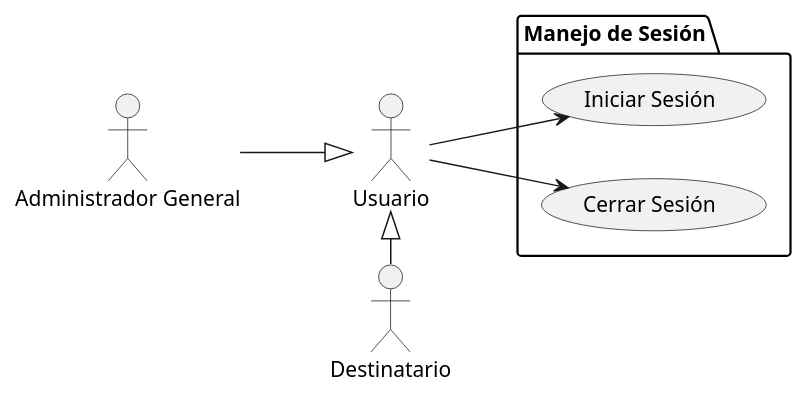
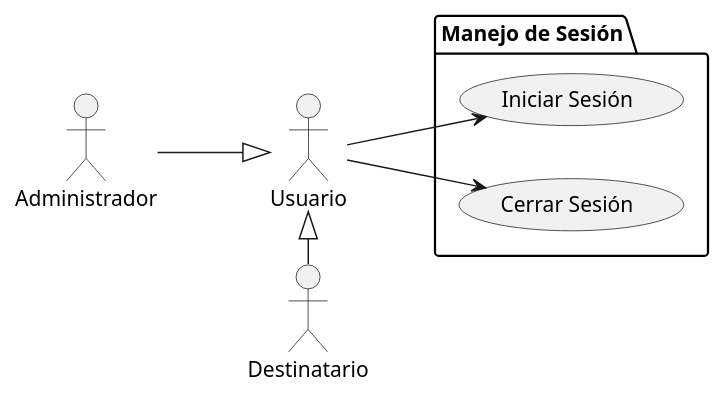
One commit to mmasias/24-25-IdSw1-SDR changed the diagram in docs/casosDeUso/diagramaCasosDeUso/manejoSesion/manejoSesion.puml. Above: the diagram before and after it, drawn with PlantUML. The commit also changed 9 other files, not shown here.

Commit message:
FIX/ diagrama casos de uso

```diff
--- a/docs/casosDeUso/diagramaCasosDeUso/manejoSesion/manejoSesion.puml
+++ b/docs/casosDeUso/diagramaCasosDeUso/manejoSesion/manejoSesion.puml
@@ -1,16 +1,16 @@
-@startuml EnvioDocumentos
+@startuml ManejoSesion
 left to right direction
-actor "Administrador General" as AdminGeneral
+actor "Administrador" as Administrador
 actor "Usuario" as Usuario
 actor "Destinatario" as Destinatario
 
 package "Manejo de Sesión" {
     usecase "Iniciar Sesión" as MS1
     usecase "Cerrar Sesión" as MS2
 }
 
-AdminGeneral --|> Usuario
+Administrador --|> Usuario
 Usuario <|- Destinatario
 Usuario --> MS1
 Usuario --> MS2
 @enduml
```
